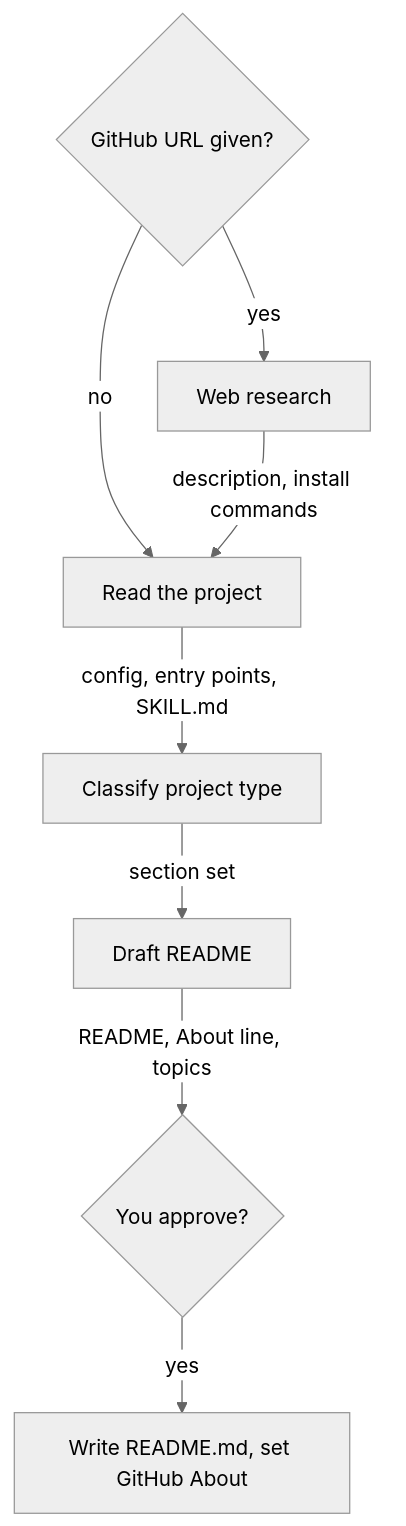
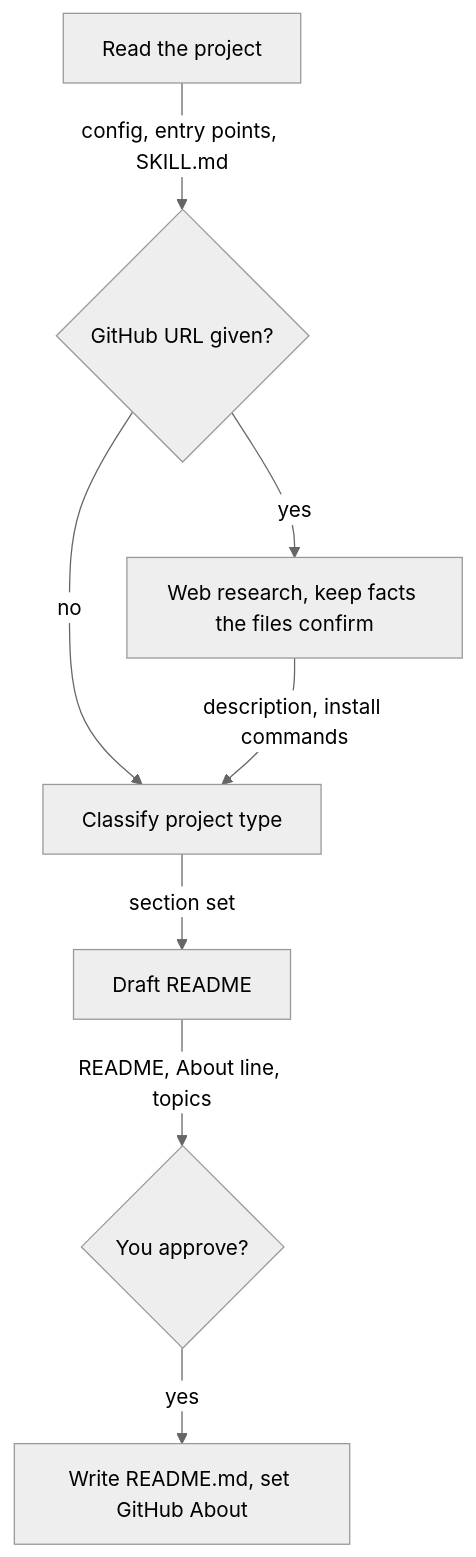
One commit to b1rdmania/readme-generator changed the diagram in README.md. Above: the diagram before and after it, drawn with Mermaid (neutral theme). The commit also changed other lines of this file and 1 other file, not shown here.

Commit message:
Match description and README diagram to read-then-research order

````diff
--- a/README.md
+++ b/README.md
@@ -21,10 +21,10 @@
 ```mermaid
 flowchart TD
-    A{GitHub URL given?} -- yes --> B[Web research]
-    A -- no --> C[Read the project]
-    B -- description, install commands --> C
-    C -- config, entry points, SKILL.md --> D[Classify project type]
+    A[Read the project] -- config, entry points, SKILL.md --> B{GitHub URL given?}
+    B -- yes --> C[Web research, keep facts the files confirm]
+    B -- no --> D[Classify project type]
+    C -- description, install commands --> D
     D -- section set --> E[Draft README]
     E -- README, About line, topics --> F{You approve?}
     F -- yes --> G[Write README.md, set GitHub About]
 ```
````
